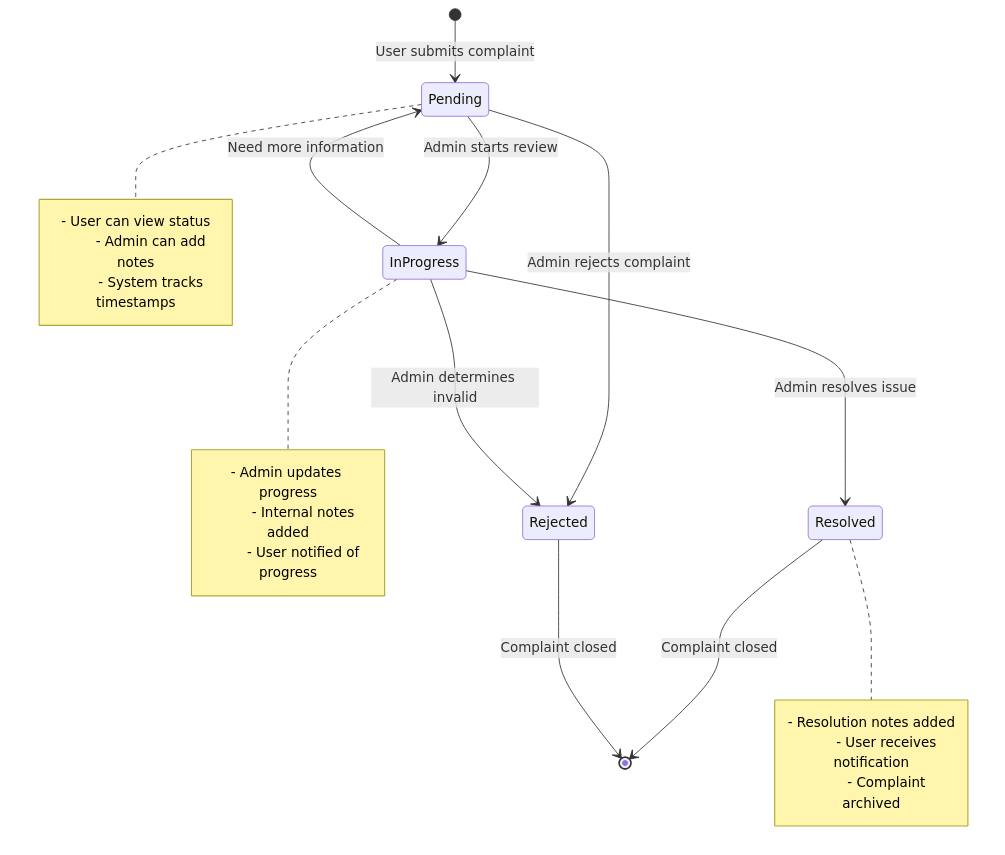
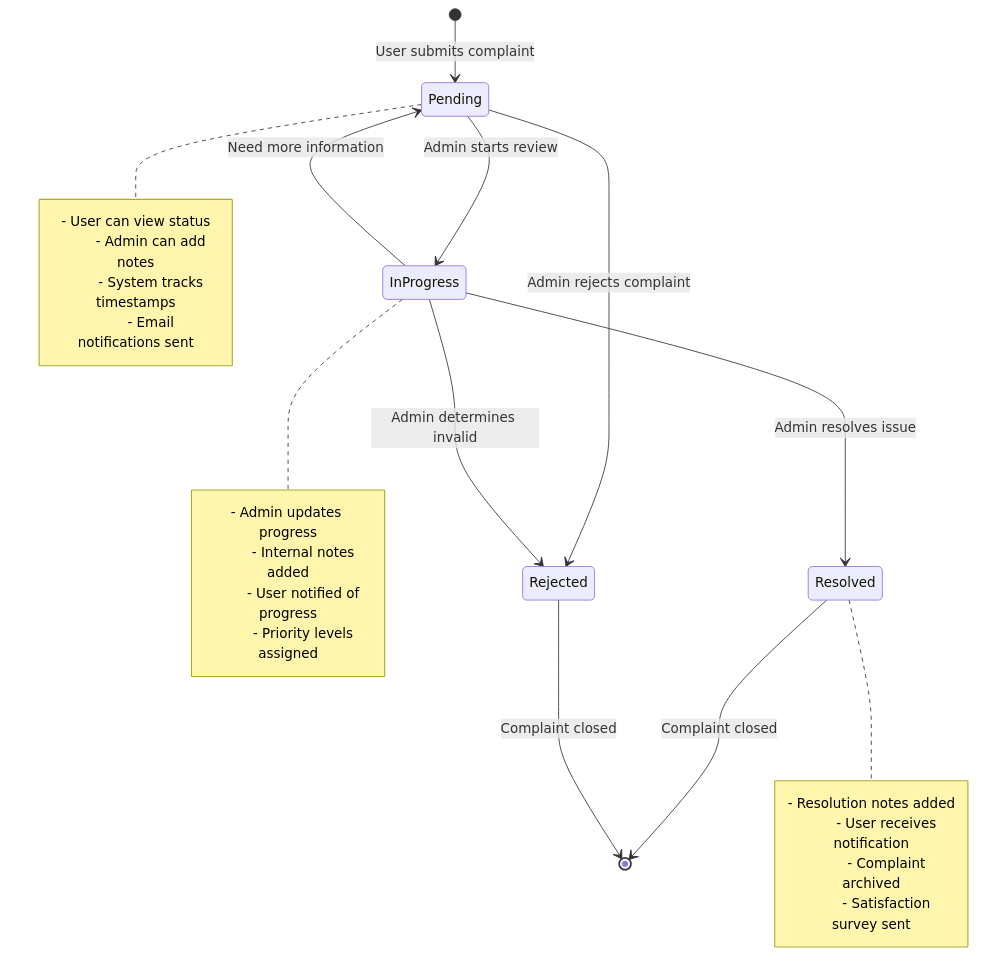
The seventh of 10 diagrams in README.md (H3xKatana/EstinBib-new), drawn with Mermaid before and after one commit. The commit also changed other lines of this file, not shown here.

````diff
--- a/README.md
+++ b/README.md
@@ -390,32 +463,35 @@
 ```mermaid
 stateDiagram-v2
     [*] --> Pending : User submits complaint
     
     Pending --> InProgress : Admin starts review
     Pending --> Rejected : Admin rejects complaint
     
     InProgress --> Resolved : Admin resolves issue
     InProgress --> Rejected : Admin determines invalid
     InProgress --> Pending : Need more information
     
     Resolved --> [*] : Complaint closed
     Rejected --> [*] : Complaint closed
     
     note right of Pending
         - User can view status
         - Admin can add notes
         - System tracks timestamps
+        - Email notifications sent
     end note
     
     note right of InProgress
         - Admin updates progress
         - Internal notes added
         - User notified of progress
+        - Priority levels assigned
     end note
     
     note right of Resolved
         - Resolution notes added
         - User receives notification
         - Complaint archived
+        - Satisfaction survey sent
     end note
 ```
````
